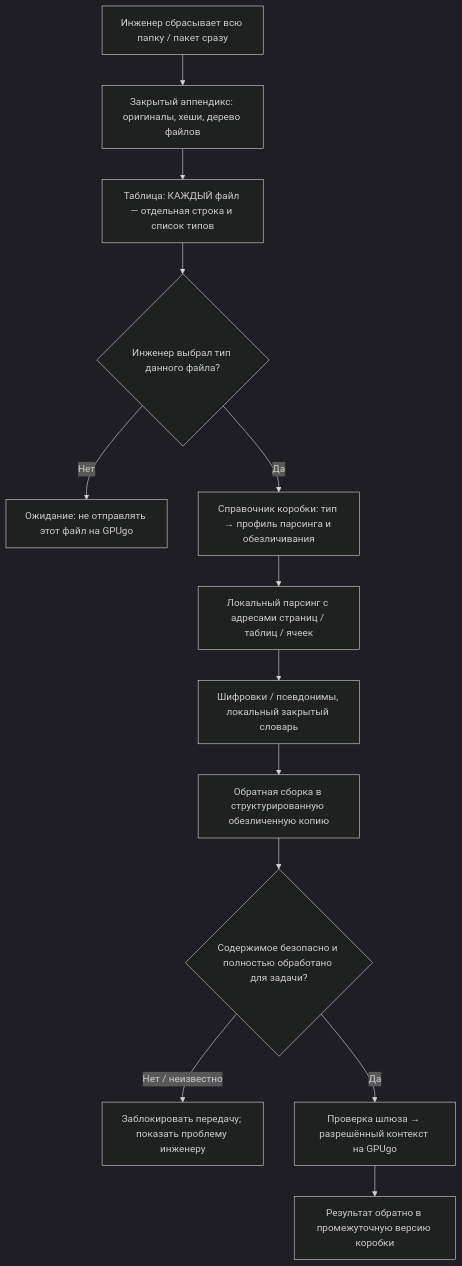
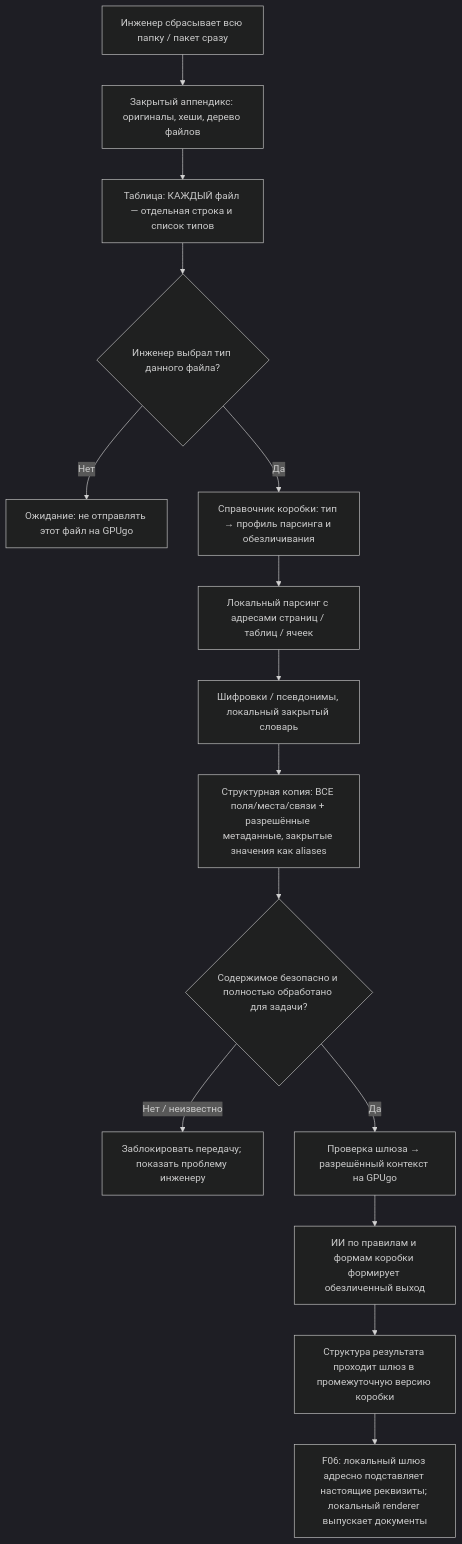
The second of 8 diagrams in docs/functional/flowcharts.md (jetsedpack/construction-docs-saas), drawn with Mermaid (dark theme) before and after one commit. The commit also changed other lines of this file, not shown here.

Commit message:
docs: sync functional flowcharts with structured AI composition and local sensitive rehydration

````diff
--- a/docs/functional/flowcharts.md
+++ b/docs/functional/flowcharts.md
@@ -50,15 +50,17 @@
 ```mermaid
 flowchart TD
   A["Инженер сбрасывает всю папку / пакет сразу"] --> B["Закрытый аппендикс: оригиналы, хеши, дерево файлов"]
   B --> C["Таблица: КАЖДЫЙ файл — отдельная строка и список типов"]
   C --> D{"Инженер выбрал тип данного файла?"}
   D -- "Нет" --> HOLD["Ожидание: не отправлять этот файл на GPUgo"]
   D -- "Да" --> PROFILE["Справочник коробки: тип → профиль парсинга и обезличивания"]
   PROFILE --> PARSER["Локальный парсинг с адресами страниц / таблиц / ячеек"]
   PARSER --> MASK["Шифровки / псевдонимы, локальный закрытый словарь"]
-  MASK --> REBUILD["Обратная сборка в структурированную обезличенную копию"]
+  MASK --> REBUILD["Структурная копия: ВСЕ поля/места/связи + разрешённые метаданные, закрытые значения как aliases"]
   REBUILD --> SAFE{"Содержимое безопасно и полностью обработано для задачи?"}
   SAFE -- "Нет / неизвестно" --> BLOCK["Заблокировать передачу; показать проблему инженеру"]
   SAFE -- "Да" --> GATE["Проверка шлюза → разрешённый контекст на GPUgo"]
-  GATE --> STAGE["Результат обратно в промежуточную версию коробки"]
+  GATE --> MODEL["ИИ по правилам и формам коробки формирует обезличенный выход"]
+  MODEL --> STAGE["Структура результата проходит шлюз в промежуточную версию коробки"]
+  STAGE --> RESOLVE["F06: локальный шлюз адресно подставляет настоящие реквизиты; локальный renderer выпускает документы"]
 ```
````
